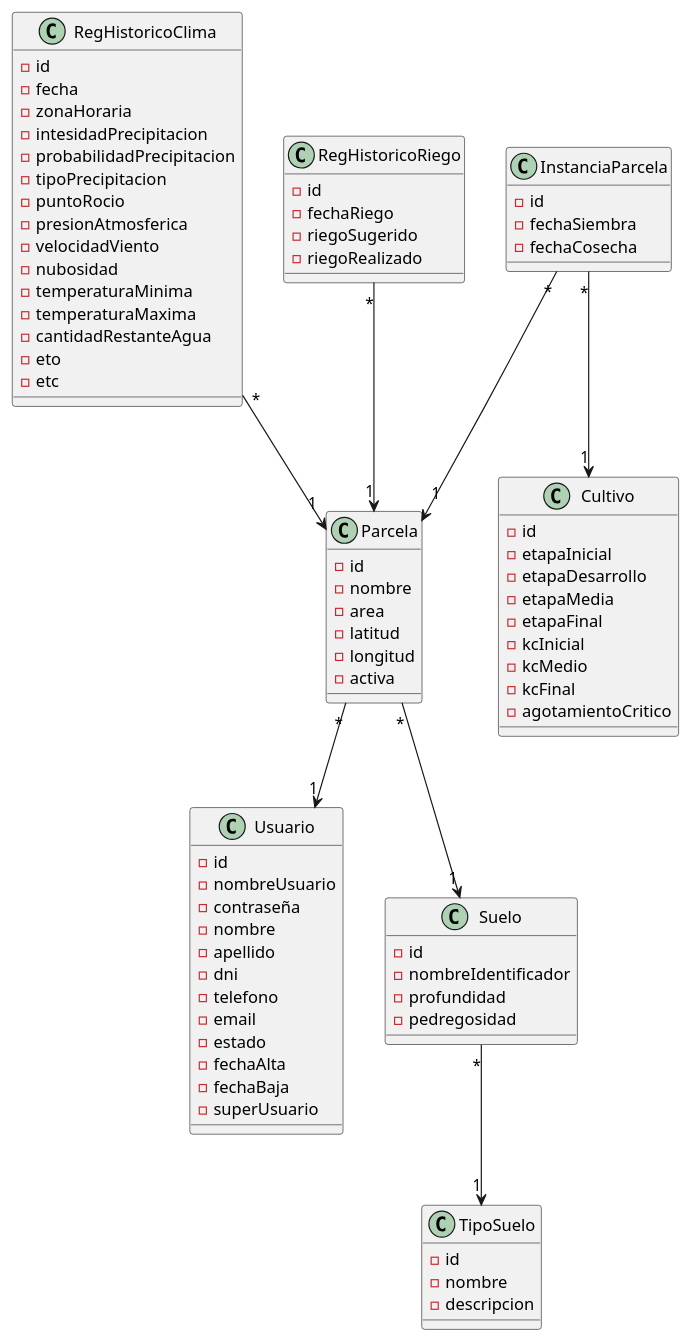
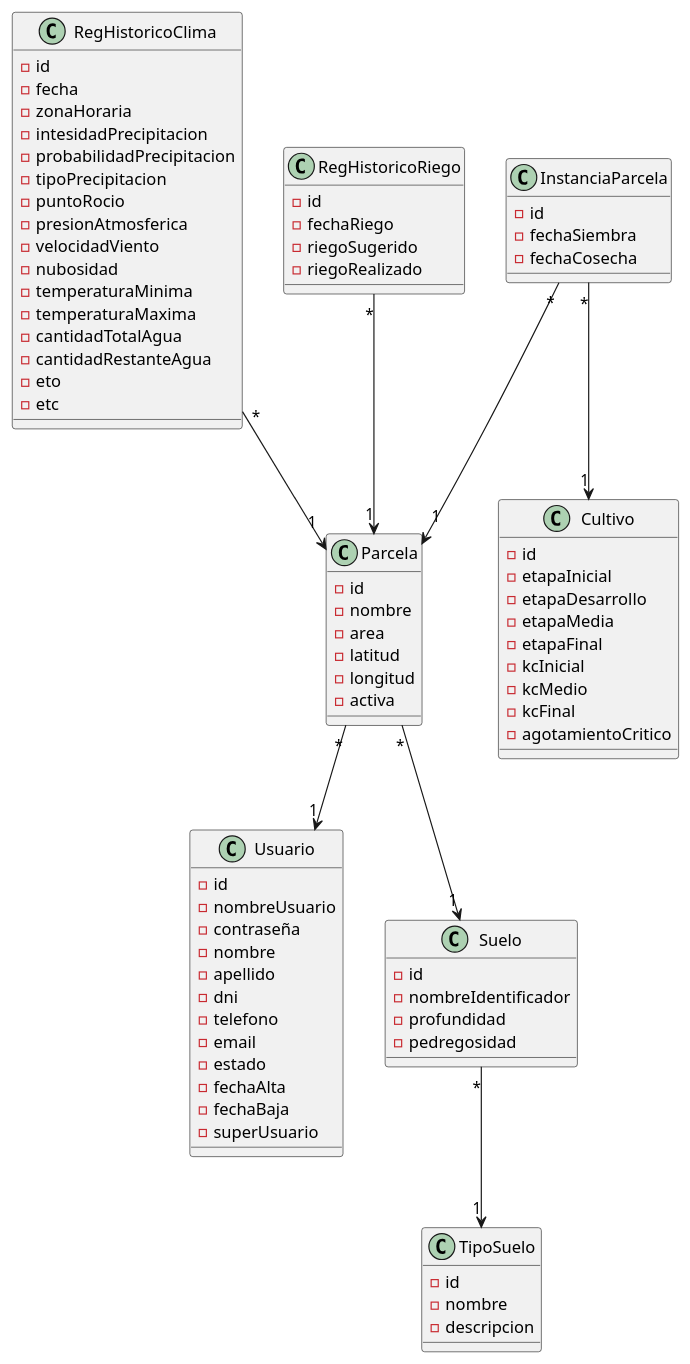
The diagram in Modelo de dominio/Modelo de dominio.pu (FacuDeveloper/Sistema-de-riego), drawn with PlantUML before and after one commit. The commit also changed 1 other file, not shown here.

```diff
--- a/Modelo de dominio/Modelo de dominio.pu
+++ b/Modelo de dominio/Modelo de dominio.pu
@@ -1,91 +1,92 @@
 @startuml
 
 Parcela "*"-->"1" Usuario
 Parcela "*"-->"1" Suelo
 RegHistoricoClima "*"-->"1" Parcela
 RegHistoricoRiego "*"-->"1" Parcela
 InstanciaParcela "*"-->"1" Parcela
 InstanciaParcela "*"-->"1" Cultivo
 Suelo "*"-->"1" TipoSuelo
 
 class Parcela {
 -id
 -nombre
 -area
 -latitud
 -longitud
 -activa
 }
 
 class Suelo {
 -id
 -nombreIdentificador
 -profundidad
 -pedregosidad
 }
 
 class Cultivo {
 -id
 -etapaInicial
 -etapaDesarrollo
 -etapaMedia
 -etapaFinal
 -kcInicial
 -kcMedio
 -kcFinal
 -agotamientoCritico
 }
 
 class TipoSuelo {
 -id
 -nombre
 -descripcion
 }
 
 class RegHistoricoClima {
 -id
 -fecha
 -zonaHoraria
 -intesidadPrecipitacion
 -probabilidadPrecipitacion
 -tipoPrecipitacion
 -puntoRocio
 -presionAtmosferica
 -velocidadViento
 -nubosidad
 -temperaturaMinima
 -temperaturaMaxima
+-cantidadTotalAgua
 -cantidadRestanteAgua
 -eto
 -etc
 }
 
 class InstanciaParcela {
 -id
 -fechaSiembra
 -fechaCosecha
 }
 
 class RegHistoricoRiego {
 -id
 -fechaRiego
 -riegoSugerido
 -riegoRealizado
 }
 
 class Usuario {
 -id
 -nombreUsuario
 -contraseña
 -nombre
 -apellido
 -dni
 -telefono
 -email
 -estado
 -fechaAlta
 -fechaBaja
 -superUsuario
 }
 
 @enduml
```
